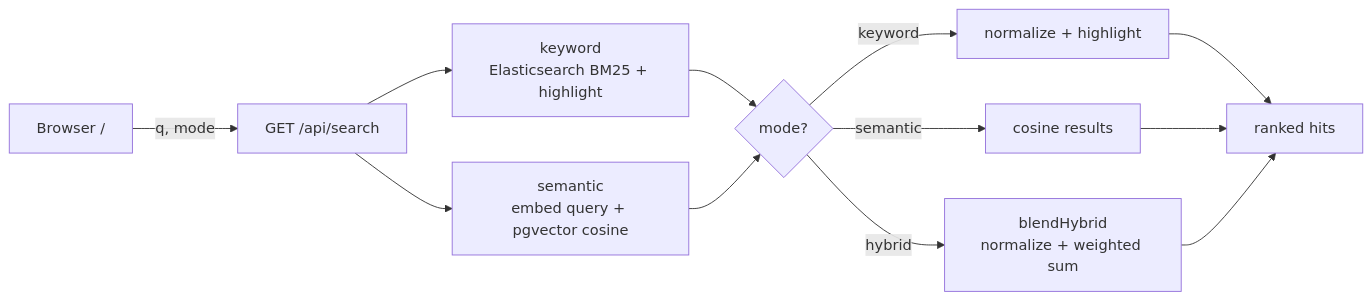
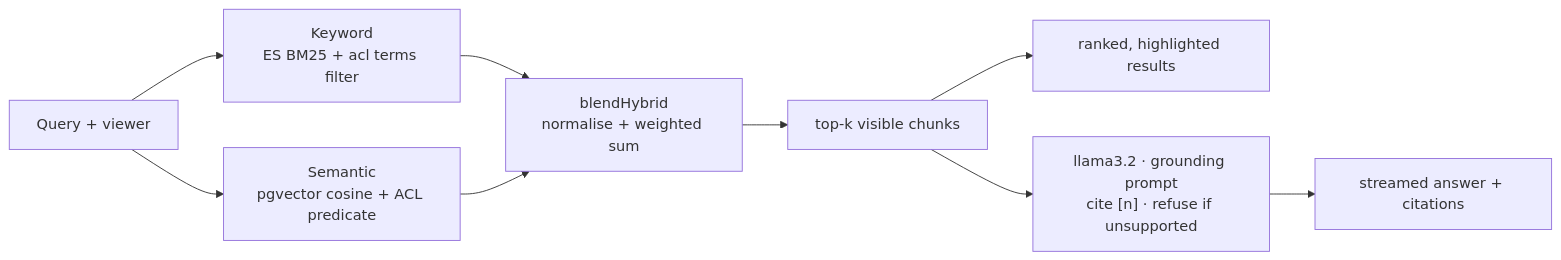
The third of 5 diagrams in README.md (JCHETAN26/IndexFlow), drawn with Mermaid before and after one commit. The commit also changed other lines of this file and 3 other files, not shown here.

First line of the commit message:
docs: professional README overhaul — diagrams + demo screenshots

````diff
--- a/README.md
+++ b/README.md
@@ -119,14 +192,11 @@
 ```mermaid
 flowchart LR
-    Q[Browser /] -->|q, mode| R[GET /api/search]
-    R --> K[keyword<br/>Elasticsearch BM25 + highlight]
-    R --> S[semantic<br/>embed query + pgvector cosine]
-    K --> H{mode?}
-    S --> H
-    H -->|keyword| KO[normalize + highlight]
-    H -->|semantic| SO[cosine results]
-    H -->|hybrid| BL[blendHybrid<br/>normalize + weighted sum]
-    KO --> OUT[ranked hits]
-    SO --> OUT
-    BL --> OUT
+    Q["Query + viewer"] --> KW["Keyword<br/>ES BM25 + acl terms filter"]
+    Q --> SM["Semantic<br/>pgvector cosine + ACL predicate"]
+    KW --> BL["blendHybrid<br/>normalise + weighted sum"]
+    SM --> BL
+    BL --> TOP["top-k visible chunks"]
+    TOP --> RES["ranked, highlighted results"]
+    TOP --> GEN["llama3.2 · grounding prompt<br/>cite [n] · refuse if unsupported"]
+    GEN --> ANS["streamed answer + citations"]
 ```
````
